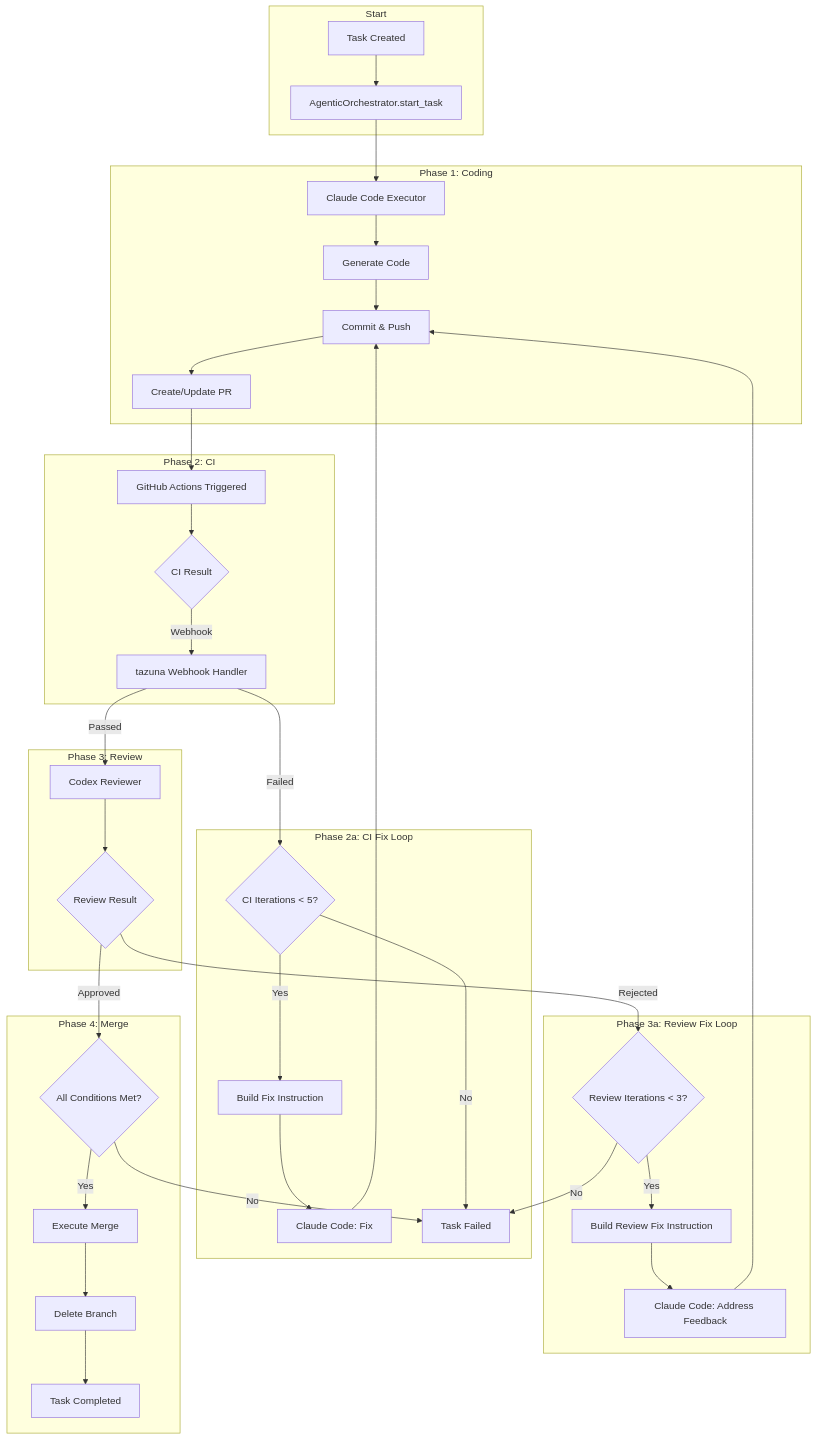
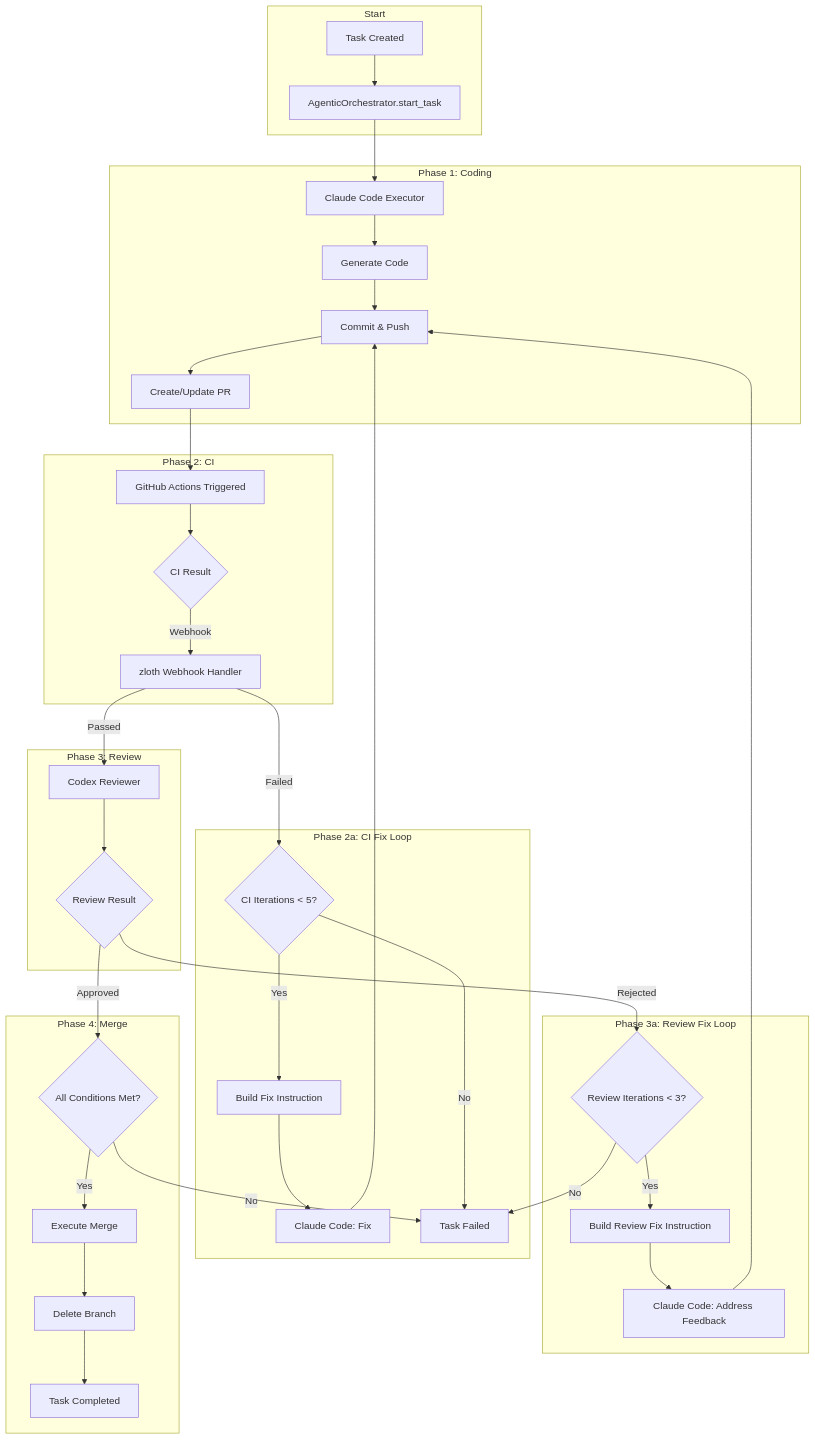
The fifth of 7 diagrams in docs/agentic-dursor.md (hampen2929/zloth), drawn with Mermaid before and after one commit. The commit also changed other lines of this file and 175 other files, not shown here.

````diff
--- a/docs/agentic-dursor.md
+++ b/docs/agentic-dursor.md
@@ -1142,48 +1142,48 @@
 ```mermaid
 flowchart TD
     subgraph Start
         A[Task Created] --> B[AgenticOrchestrator.start_task]
     end
 
     subgraph Coding["Phase 1: Coding"]
         B --> C[Claude Code Executor]
         C --> D[Generate Code]
         D --> E[Commit & Push]
         E --> F[Create/Update PR]
     end
 
     subgraph CI["Phase 2: CI"]
         F --> G[GitHub Actions Triggered]
         G --> H{CI Result}
-        H -->|Webhook| I[tazuna Webhook Handler]
+        H -->|Webhook| I[zloth Webhook Handler]
     end
 
     subgraph CIFix["Phase 2a: CI Fix Loop"]
         I -->|Failed| J{CI Iterations < 5?}
         J -->|Yes| K[Build Fix Instruction]
         K --> L[Claude Code: Fix]
         L --> E
         J -->|No| FAIL[Task Failed]
     end
 
     subgraph Review["Phase 3: Review"]
         I -->|Passed| M[Codex Reviewer]
         M --> N{Review Result}
     end
 
     subgraph ReviewFix["Phase 3a: Review Fix Loop"]
         N -->|Rejected| O{Review Iterations < 3?}
         O -->|Yes| P[Build Review Fix Instruction]
         P --> Q[Claude Code: Address Feedback]
         Q --> E
         O -->|No| FAIL
     end
 
     subgraph Merge["Phase 4: Merge"]
         N -->|Approved| R{All Conditions Met?}
         R -->|Yes| S[Execute Merge]
         S --> T[Delete Branch]
         T --> U[Task Completed]
         R -->|No| FAIL
     end
 ```
````
